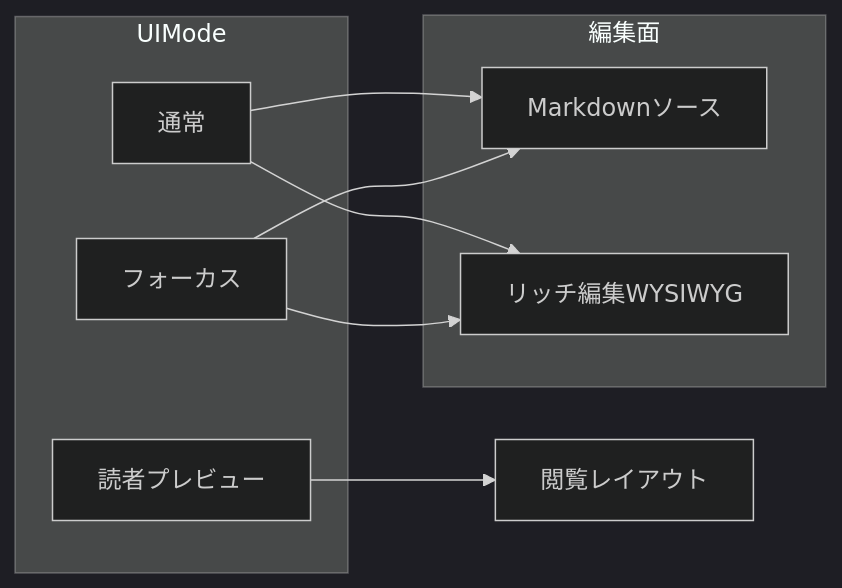
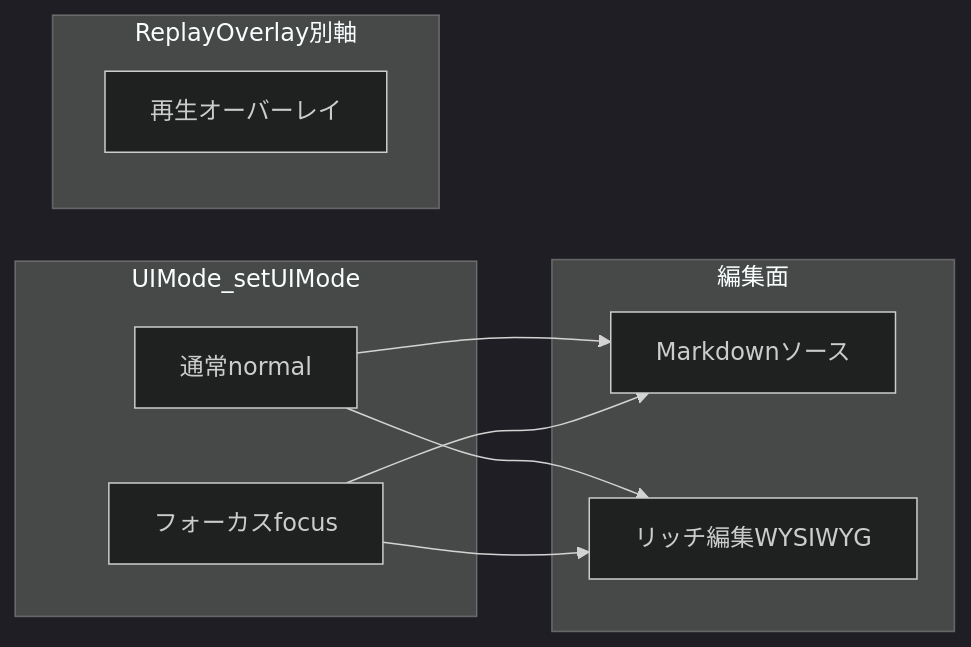
Before and after one commit to YuShimoji/WritingPage: the diagram in docs/INTERACTION_NOTES.md, drawn with Mermaid (dark theme). The commit also changed other lines of this file and 8 other files, not shown here.

````diff
--- a/docs/INTERACTION_NOTES.md
+++ b/docs/INTERACTION_NOTES.md
@@ -70,17 +72,18 @@
 ```mermaid
 flowchart LR
-  subgraph uiModes [UIMode]
-    Normal[通常]
-    Focus[フォーカス]
-    Reader[読者プレビュー]
+  subgraph uiMode [UIMode_setUIMode]
+    Normal[通常normal]
+    Focus[フォーカスfocus]
+  end
+  subgraph overlay [ReplayOverlay別軸]
+    Replay[再生オーバーレイ]
   end
   subgraph editSurface [編集面]
     Md[Markdownソース]
     Wys[リッチ編集WYSIWYG]
   end
   Normal --> Md
   Normal --> Wys
   Focus --> Md
   Focus --> Wys
-  Reader --> Prev[閲覧レイアウト]
 ```
````
